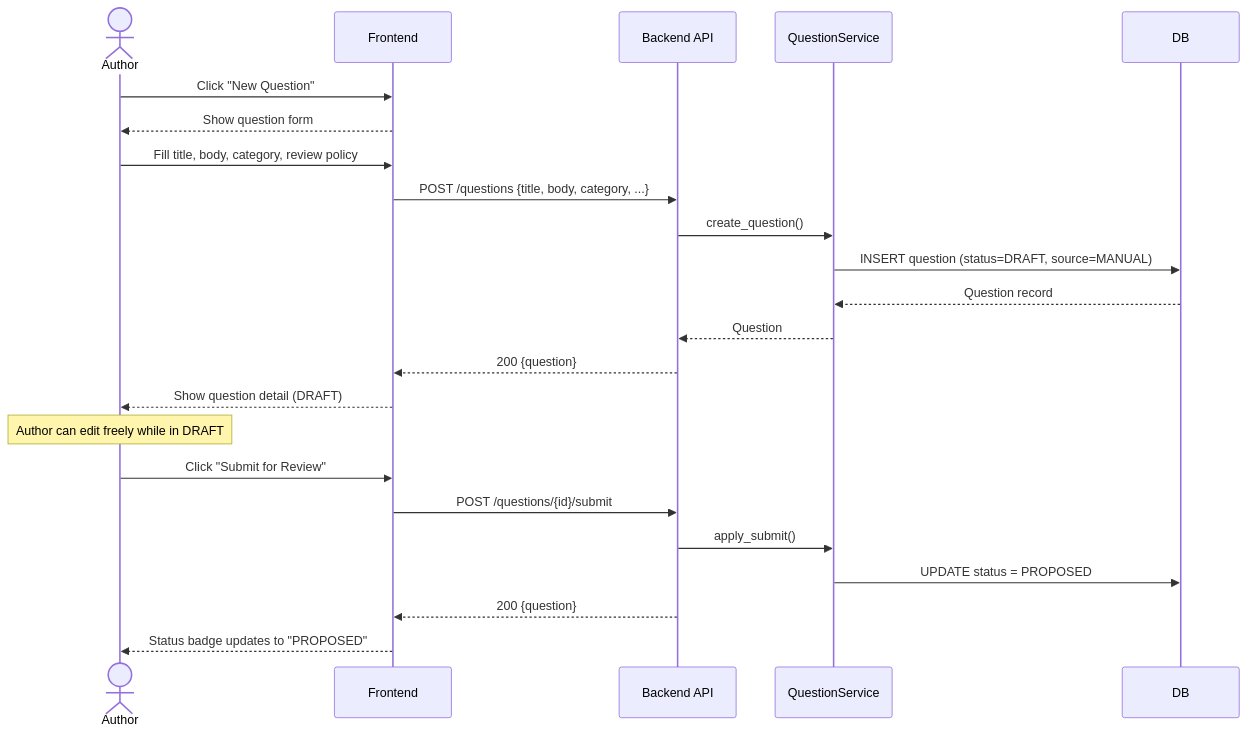
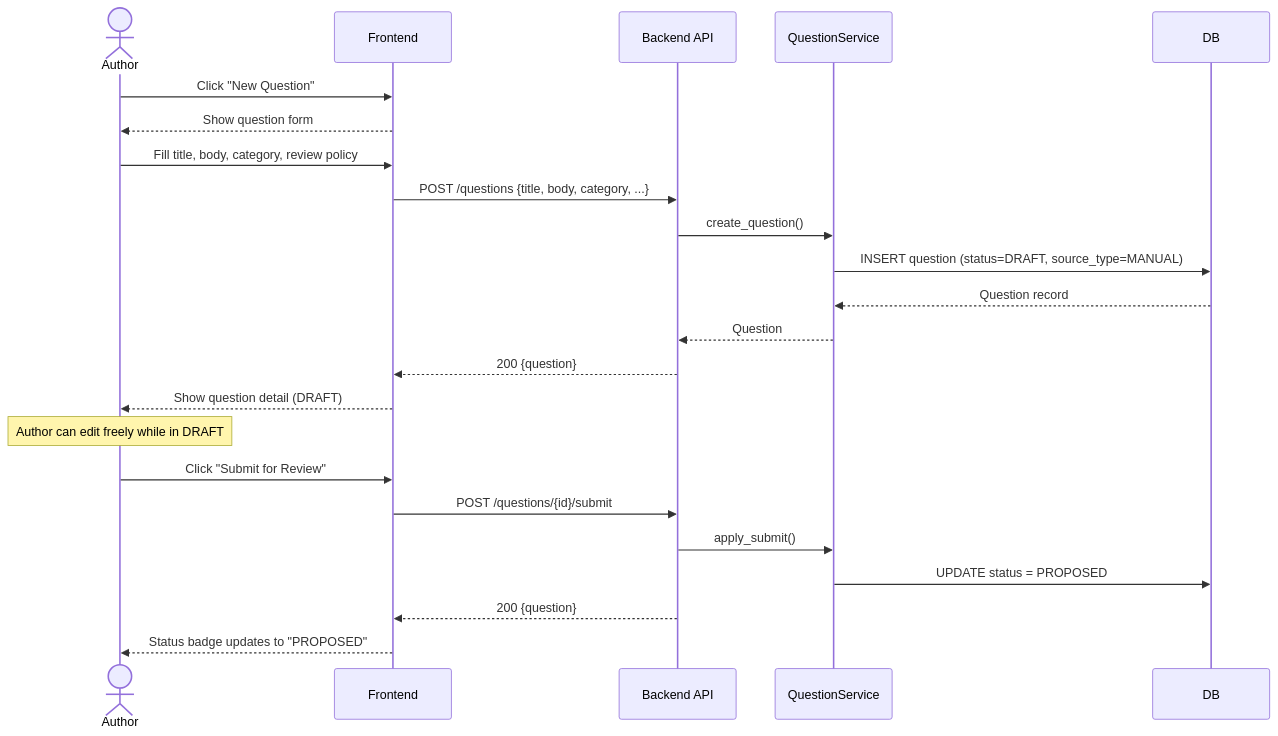
The third of 17 diagrams in docs/sequence-diagrams.md (keytech42/tacit-knowledge-elicitation), drawn with Mermaid before and after one commit.

Commit message:
Fix field name: source → source_type in question creation diagram
The actual model field is source_type, not source.

https://claude.ai/code/session_01BTe3Qm47dJqWSpasJxxpiC

````diff
--- a/docs/sequence-diagrams.md
+++ b/docs/sequence-diagrams.md
@@ -82,29 +82,29 @@
 ```mermaid
 sequenceDiagram
     actor Author
     participant Frontend
     participant Backend as Backend API
     participant QService as QuestionService
     participant DB
 
     Author->>Frontend: Click "New Question"
     Frontend-->>Author: Show question form
 
     Author->>Frontend: Fill title, body, category, review policy
     Frontend->>Backend: POST /questions {title, body, category, ...}
     Backend->>QService: create_question()
-    QService->>DB: INSERT question (status=DRAFT, source=MANUAL)
+    QService->>DB: INSERT question (status=DRAFT, source_type=MANUAL)
     DB-->>QService: Question record
     QService-->>Backend: Question
     Backend-->>Frontend: 200 {question}
     Frontend-->>Author: Show question detail (DRAFT)
 
     Note over Author: Author can edit freely while in DRAFT
 
     Author->>Frontend: Click "Submit for Review"
     Frontend->>Backend: POST /questions/{id}/submit
     Backend->>QService: apply_submit()
     QService->>DB: UPDATE status = PROPOSED
     Backend-->>Frontend: 200 {question}
     Frontend-->>Author: Status badge updates to "PROPOSED"
 ```
````
